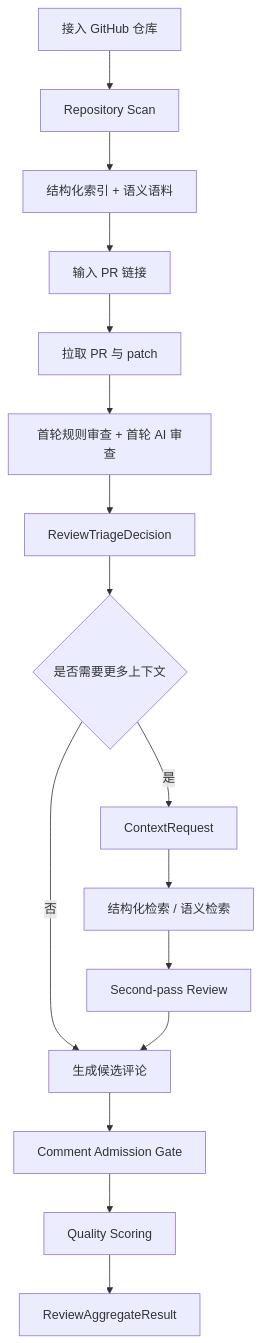
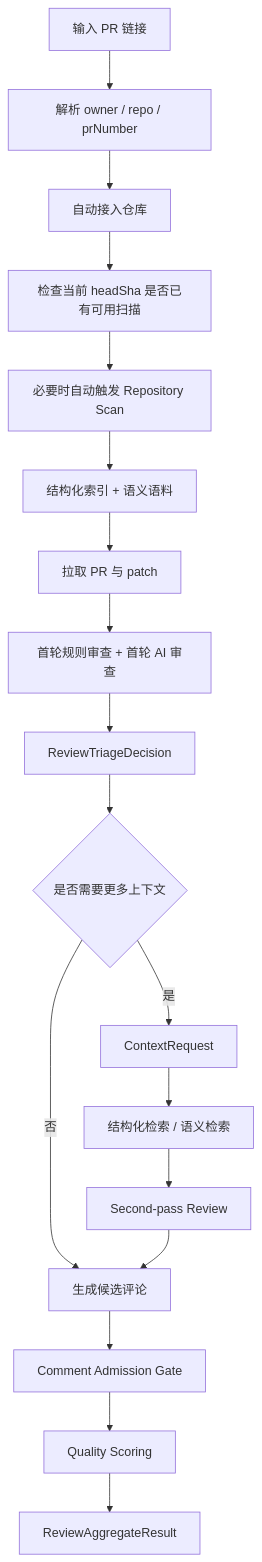
One commit to zhaoyongze123/ai-pr-review-assistant changed the first of 2 diagrams in docs/contracts/data-flow.md. Above: the diagram before and after it, drawn with Mermaid. The commit also changed other lines of this file and 9 other files, not shown here.

````diff
--- a/docs/contracts/data-flow.md
+++ b/docs/contracts/data-flow.md
@@ -5,18 +5,20 @@
 ```mermaid
 flowchart TD
-    A["接入 GitHub 仓库"] --> B["Repository Scan"]
-    B --> C["结构化索引 + 语义语料"]
-    C --> D["输入 PR 链接"]
-    D --> E["拉取 PR 与 patch"]
-    E --> F["首轮规则审查 + 首轮 AI 审查"]
-    F --> G["ReviewTriageDecision"]
-    G --> H{"是否需要更多上下文"}
-    H -- 否 --> I["生成候选评论"]
-    H -- 是 --> J["ContextRequest"]
-    J --> K["结构化检索 / 语义检索"]
-    K --> L["Second-pass Review"]
-    L --> I
-    I --> M["Comment Admission Gate"]
-    M --> N["Quality Scoring"]
-    N --> O["ReviewAggregateResult"]
+    A["输入 PR 链接"] --> B["解析 owner / repo / prNumber"]
+    B --> C["自动接入仓库"]
+    C --> D["检查当前 headSha 是否已有可用扫描"]
+    D --> E["必要时自动触发 Repository Scan"]
+    E --> F["结构化索引 + 语义语料"]
+    F --> G["拉取 PR 与 patch"]
+    G --> H["首轮规则审查 + 首轮 AI 审查"]
+    H --> I["ReviewTriageDecision"]
+    I --> J{"是否需要更多上下文"}
+    J -- 否 --> K["生成候选评论"]
+    J -- 是 --> L["ContextRequest"]
+    L --> M["结构化检索 / 语义检索"]
+    M --> N["Second-pass Review"]
+    N --> K
+    K --> O["Comment Admission Gate"]
+    O --> P["Quality Scoring"]
+    P --> Q["ReviewAggregateResult"]
 ```
````
